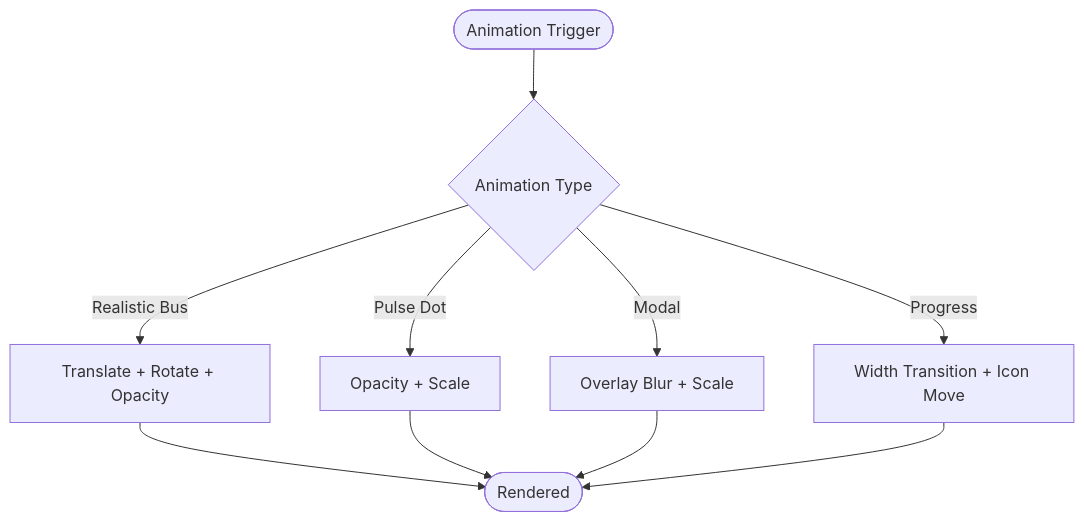
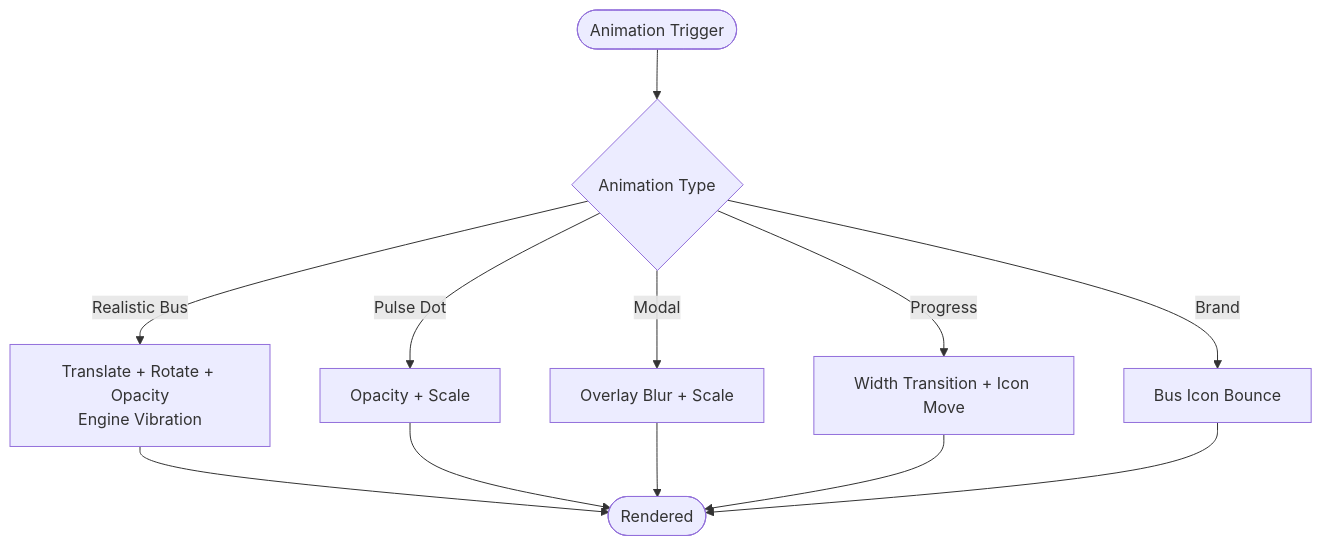
Before and after one commit to Rehanpatel3858/BusTrack-Pro: the sixth of 7 diagrams in .qoder/repowiki/en/content/User Interface and Design System.md, drawn with Mermaid. The commit also changed other lines of this file and 7 other files, not shown here.

````diff
--- a/.qoder/repowiki/en/content/User Interface and Design System.md
+++ b/.qoder/repowiki/en/content/User Interface and Design System.md
@@ -259,12 +294,14 @@
 ```mermaid
 flowchart TD
 Entry(["Animation Trigger"]) --> Type{"Animation Type"}
-Type --> |Realistic Bus| BusAnim["Translate + Rotate + Opacity"]
+Type --> |Realistic Bus| BusAnim["Translate + Rotate + Opacity<br/>Engine Vibration"]
 Type --> |Pulse Dot| Pulse["Opacity + Scale"]
 Type --> |Modal| ModalScale["Overlay Blur + Scale"]
 Type --> |Progress| ProgressFill["Width Transition + Icon Move"]
+Type --> |Brand| BrandBounce["Bus Icon Bounce"]
 BusAnim --> Exit(["Rendered"])
 Pulse --> Exit
 ModalScale --> Exit
 ProgressFill --> Exit
+BrandBounce --> Exit
 ```
````
